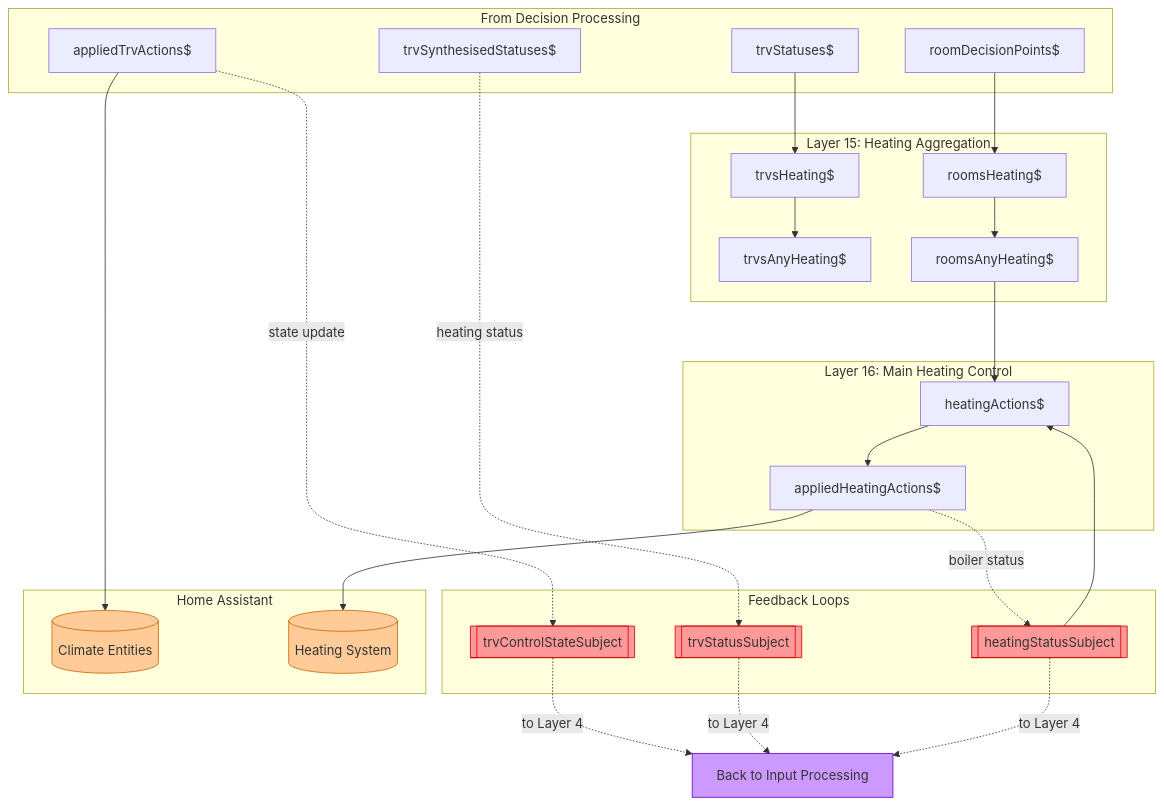
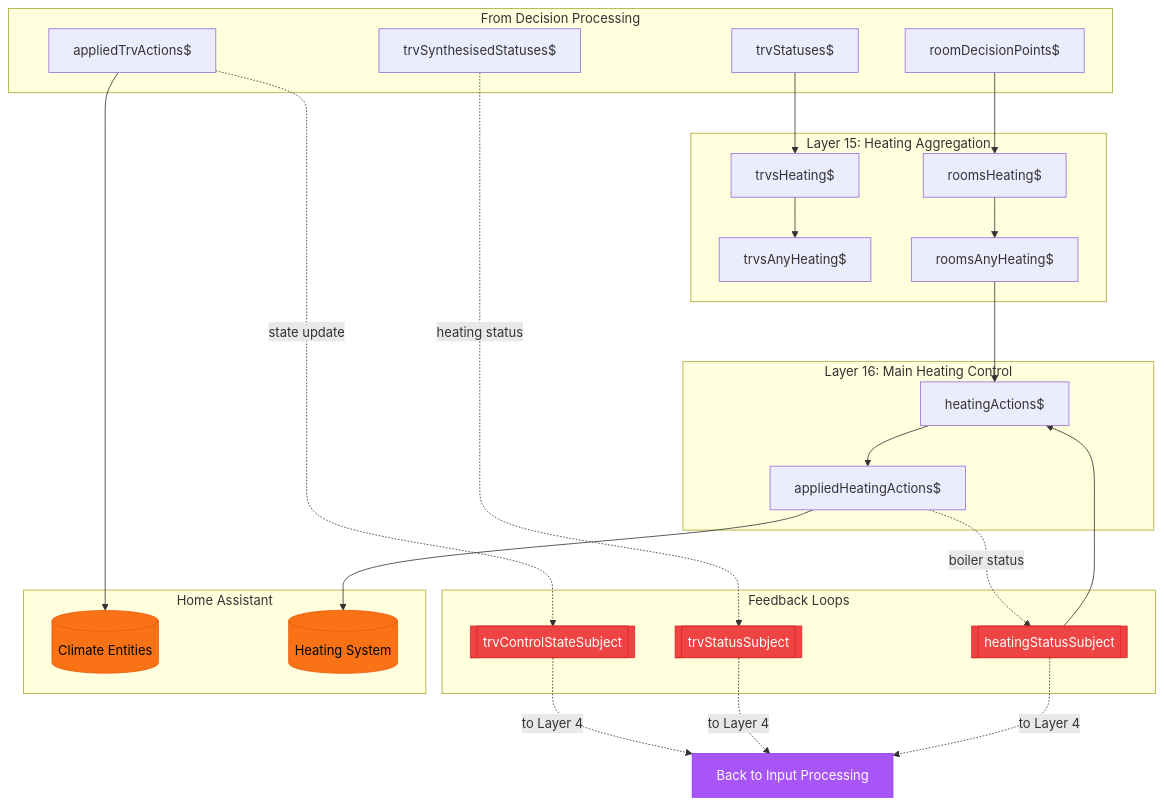
The diagram in packages/deep-heating-rx/docs/data-flow-output.md (GraemeF/home-automation), drawn with Mermaid before and after one commit. The commit also changed 4 other files, not shown here.

First line of the commit message:
fix: use high contrast colours for mermaid diagrams

````diff
--- a/packages/deep-heating-rx/docs/data-flow-output.md
+++ b/packages/deep-heating-rx/docs/data-flow-output.md
@@ -9,66 +9,66 @@
 ```mermaid
 flowchart TB
     subgraph Inputs["From Decision Processing"]
         AppliedTrvActions["appliedTrvActions$"]
         TrvSynthStatus["trvSynthesisedStatuses$"]
         RoomDecisions["roomDecisionPoints$"]
         TrvStatuses["trvStatuses$"]
     end
 
     subgraph Layer15["Layer 15: Heating Aggregation"]
         TrvsHeating["trvsHeating$"]
         TrvsAnyHeating["trvsAnyHeating$"]
         RoomsHeating["roomsHeating$"]
         RoomsAnyHeating["roomsAnyHeating$"]
     end
 
     subgraph Layer16["Layer 16: Main Heating Control"]
         HeatingActions["heatingActions$"]
         AppliedHeating["appliedHeatingActions$"]
     end
 
     subgraph Feedback["Feedback Loops"]
         TrvControlSubject[["trvControlStateSubject"]]
         TrvStatusSubject[["trvStatusSubject"]]
         HeatingStatusSubject[["heatingStatusSubject"]]
     end
 
     subgraph Output["Home Assistant"]
         HAClimate[("Climate Entities")]
         HAHeating[("Heating System")]
     end
 
     %% Layer 15 connections
     TrvStatuses --> TrvsHeating
     TrvsHeating --> TrvsAnyHeating
     RoomDecisions --> RoomsHeating
     RoomsHeating --> RoomsAnyHeating
 
     %% Layer 16 connections
     RoomsAnyHeating --> HeatingActions
     HeatingStatusSubject --> HeatingActions
     HeatingActions --> AppliedHeating
 
     %% Output connections
     AppliedTrvActions --> HAClimate
     AppliedHeating --> HAHeating
 
     %% Feedback connections
     AppliedTrvActions -.->|"state update"| TrvControlSubject
     TrvSynthStatus -.->|"heating status"| TrvStatusSubject
     AppliedHeating -.->|"boiler status"| HeatingStatusSubject
 
     %% Feedback to inputs (back to Layer 4)
     TrvControlSubject -.->|"to Layer 4"| BackToInput["Back to Input Processing"]
     TrvStatusSubject -.->|"to Layer 4"| BackToInput
     HeatingStatusSubject -.->|"to Layer 4"| BackToInput
 
     %% Styling
-    classDef subject fill:#ff9999,stroke:#cc0000
-    classDef output fill:#ffcc99,stroke:#cc6600
-    classDef feedback fill:#cc99ff,stroke:#6600cc
+    classDef subject fill:#ef4444,stroke:#dc2626,color:#fff
+    classDef output fill:#f97316,stroke:#ea580c,color:#000
+    classDef feedback fill:#a855f7,stroke:#9333ea,color:#fff
 
     class TrvControlSubject,TrvStatusSubject,HeatingStatusSubject subject
     class HAClimate,HAHeating output
     class BackToInput feedback
 ```
````
